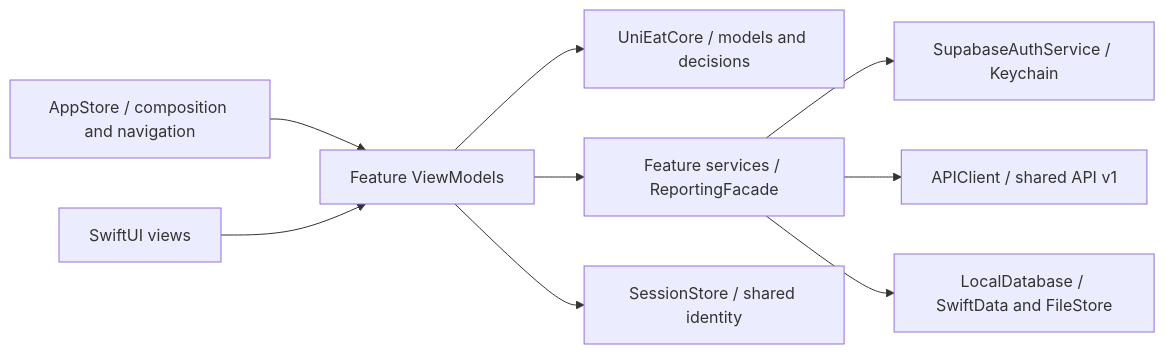
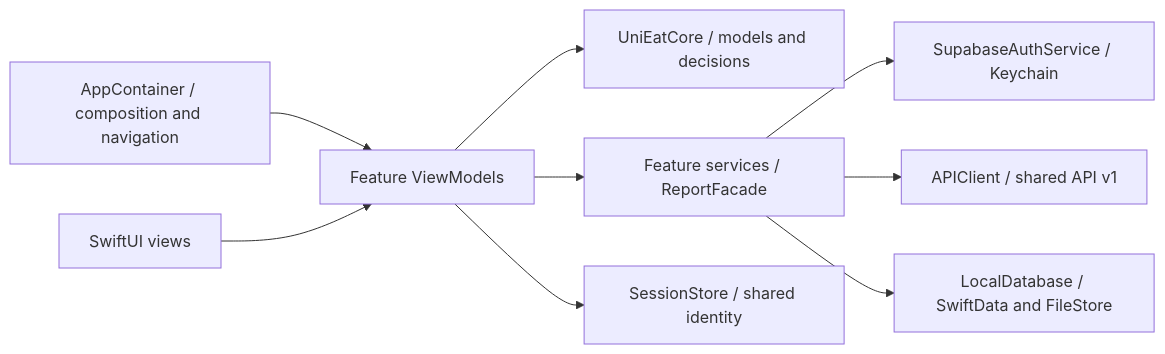
The diagram in README.md (k-alvarezr/UniEat---iOS), drawn with Mermaid before and after one commit. The commit also changed other lines of this file and 57 other files, not shown here.

````diff
--- a/README.md
+++ b/README.md
@@ -55,11 +55,11 @@
 ```mermaid
 flowchart LR
-    Root[AppStore / composition and navigation] --> VM[Feature ViewModels]
+    Root[AppContainer / composition and navigation] --> VM[Feature ViewModels]
     UI[SwiftUI views] --> VM
     VM --> Core[UniEatCore / models and decisions]
-    VM --> Services[Feature services / ReportingFacade]
+    VM --> Services[Feature services / ReportFacade]
     VM --> Session[SessionStore / shared identity]
     Services --> Auth[SupabaseAuthService / Keychain]
     Services --> API[APIClient / shared API v1]
     Services --> Local[LocalDatabase / SwiftData and FileStore]
 ```
````
